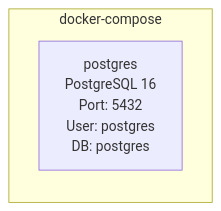
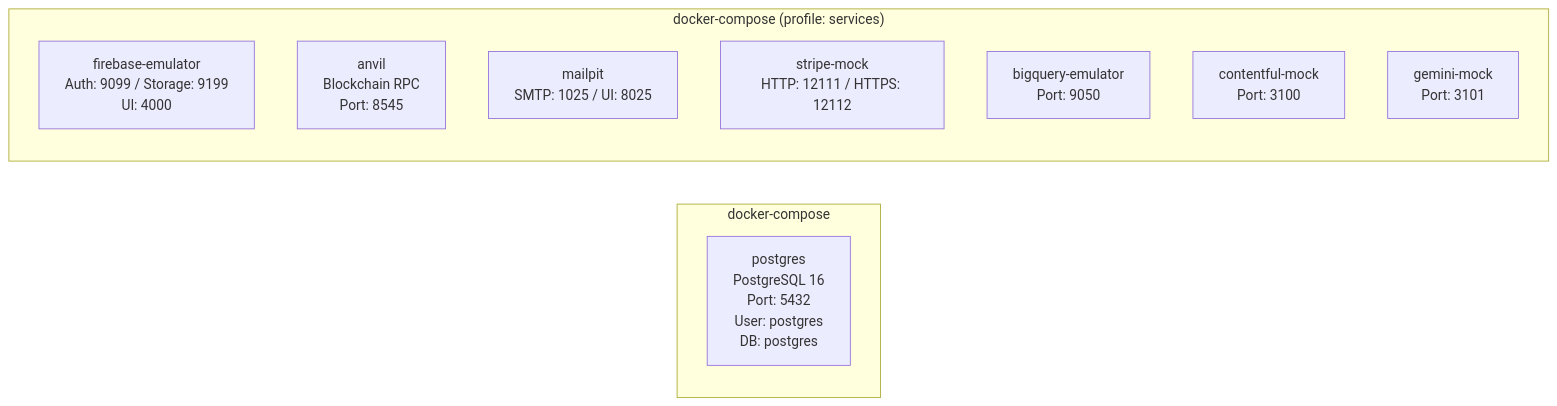
The first of 5 diagrams in docs/infrastructure-specification.md (sc-hosokawa/frienda), drawn with Mermaid before and after one commit. The commit also changed other lines of this file and 14 other files, not shown here.

````diff
--- a/docs/infrastructure-specification.md
+++ b/docs/infrastructure-specification.md
@@ -76,6 +76,15 @@
 ```mermaid
 graph LR
     subgraph docker-compose
         PG["postgres<br/>PostgreSQL 16<br/>Port: 5432<br/>User: postgres<br/>DB: postgres"]
     end
+    subgraph "docker-compose (profile: services)"
+        FB["firebase-emulator<br/>Auth: 9099 / Storage: 9199<br/>UI: 4000"]
+        AN["anvil<br/>Blockchain RPC<br/>Port: 8545"]
+        MP["mailpit<br/>SMTP: 1025 / UI: 8025"]
+        SM["stripe-mock<br/>HTTP: 12111 / HTTPS: 12112"]
+        BQ["bigquery-emulator<br/>Port: 9050"]
+        CM["contentful-mock<br/>Port: 3100"]
+        GM["gemini-mock<br/>Port: 3101"]
+    end
 ```
````
